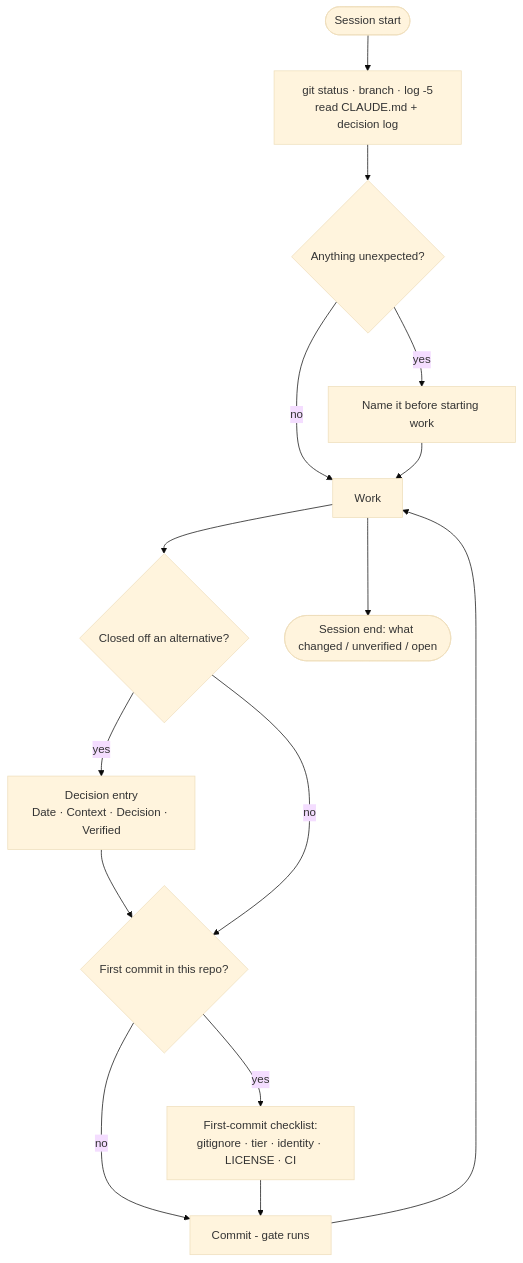
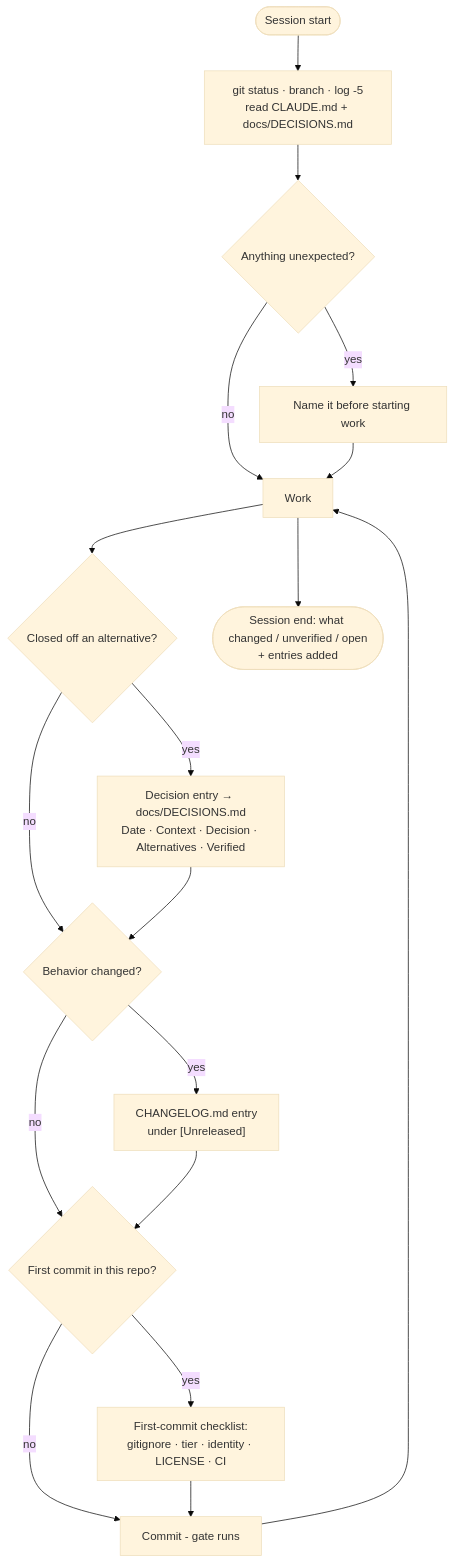
One commit to pieteradejong/dotfiles changed the diagram in claude/dev-CLAUDE.md. Above: the diagram before and after it, drawn with Mermaid (base theme). The commit also changed other lines of this file and 6 other files, not shown here.

````diff
--- a/claude/dev-CLAUDE.md
+++ b/claude/dev-CLAUDE.md
@@ -70,17 +81,20 @@
 ```mermaid
 flowchart TD
-    S([Session start]) --> O["git status · branch · log -5<br/>read CLAUDE.md + decision log"]
+    S([Session start]) --> O["git status · branch · log -5<br/>read CLAUDE.md + docs/DECISIONS.md"]
     O --> N{Anything unexpected?}
     N -- yes --> R[Name it before starting work]
     N -- no --> W[Work]
     R --> W
     W --> D{Closed off an alternative?}
-    D -- yes --> L["Decision entry<br/>Date · Context · Decision · Verified"]
-    L --> C{First commit in this repo?}
-    D -- no --> C
+    D -- yes --> L["Decision entry → docs/DECISIONS.md<br/>Date · Context · Decision · Alternatives · Verified"]
+    D -- no --> B{Behavior changed?}
+    L --> B
+    B -- yes --> CH["CHANGELOG.md entry<br/>under [Unreleased]"]
+    B -- no --> C{First commit in this repo?}
+    CH --> C
     C -- yes --> G["First-commit checklist:<br/>gitignore · tier · identity · LICENSE · CI"]
     C -- no --> K[Commit - gate runs]
     G --> K
     K --> W
-    W --> E([Session end: what changed / unverified / open])
+    W --> E(["Session end: what changed / unverified / open<br/>+ entries added"])
 ```
````
